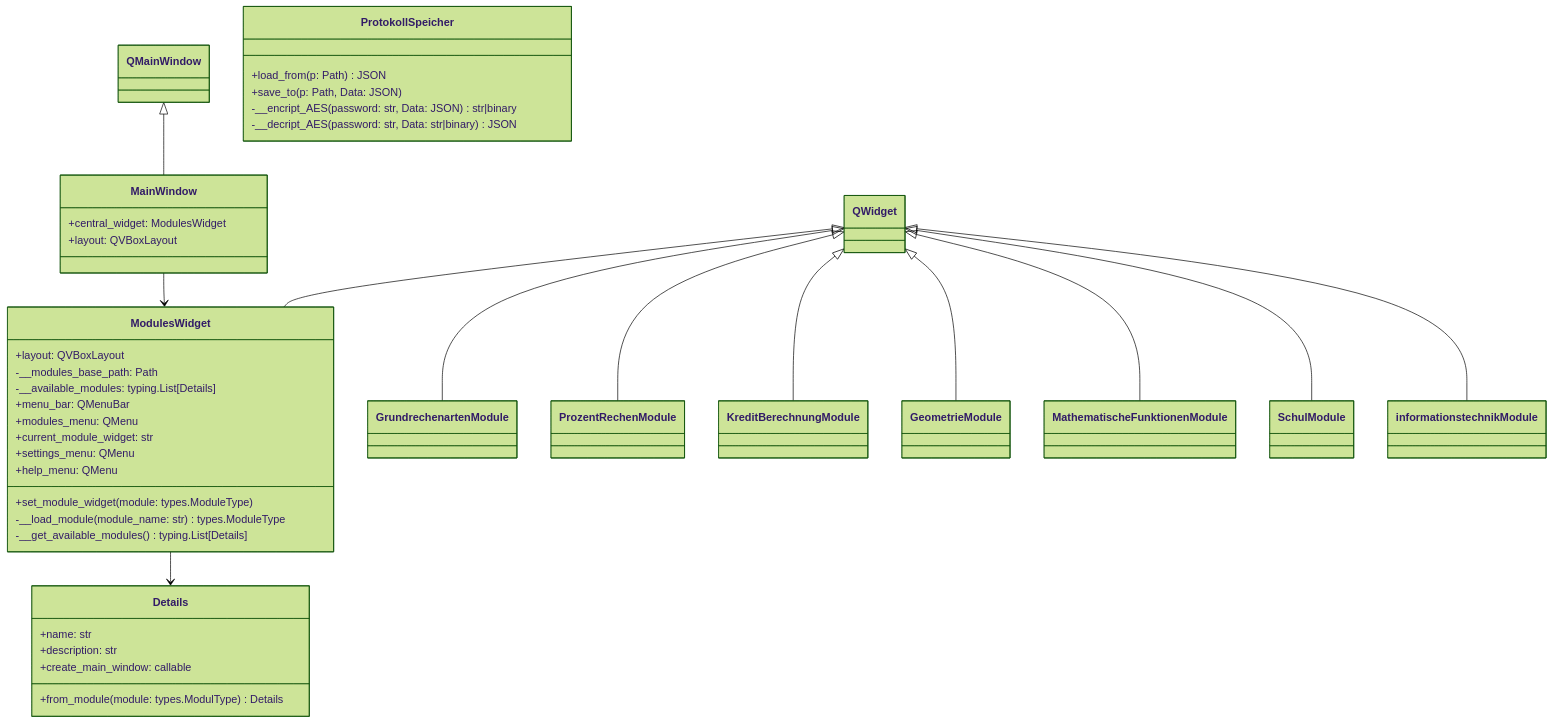
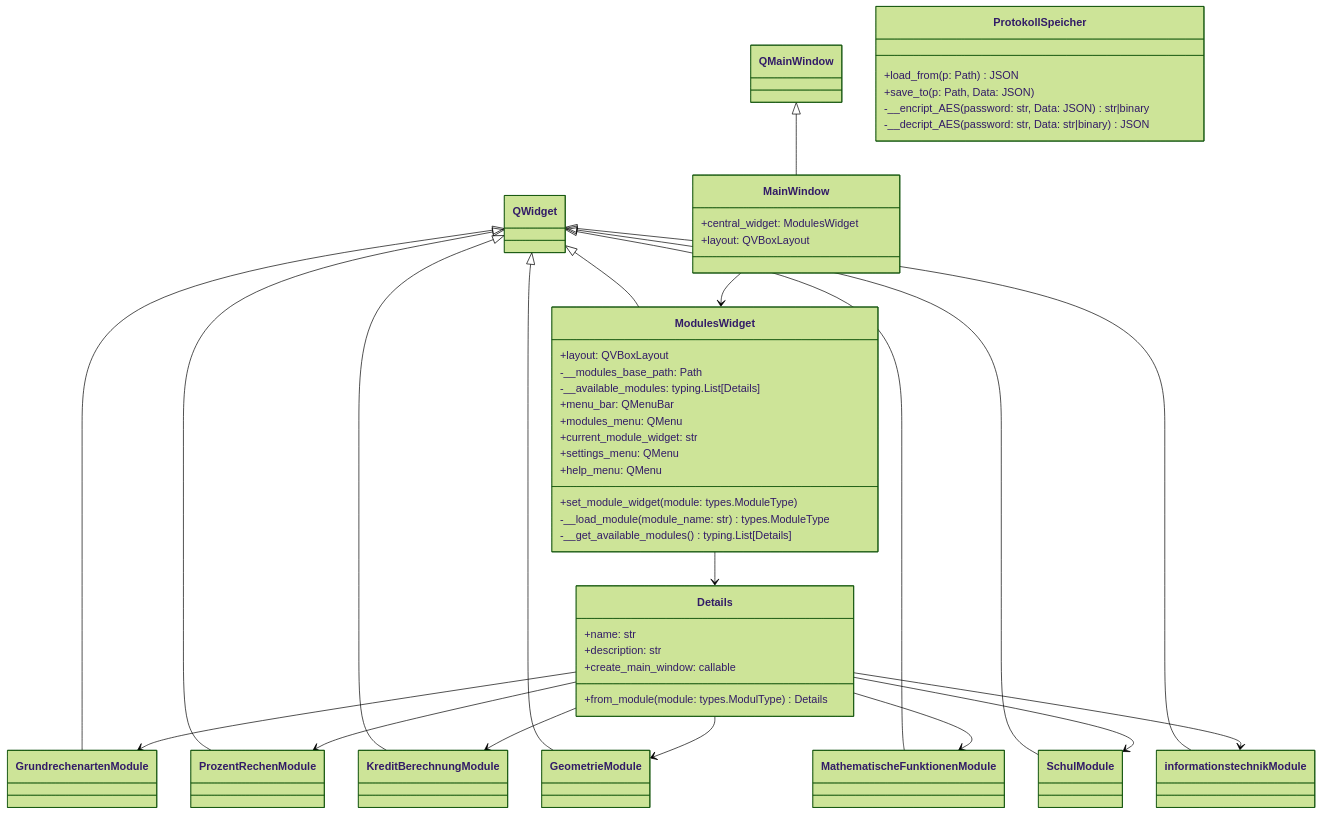
Before and after one commit to Katze719/JustForYou: the diagram in docs/Klassendiagramm/MAIN_WINDOW.md, drawn with Mermaid (forest theme). The commit also changed 2 other files, not shown here.

Commit message:
klassendiagramm anpassung

````diff
--- a/docs/Klassendiagramm/MAIN_WINDOW.md
+++ b/docs/Klassendiagramm/MAIN_WINDOW.md
@@ -1,61 +1,69 @@
 ```mermaid
 classDiagram
     class QWidget {
         
     }
     
     QWidget <|-- ModulesWidget 
     
     class ModulesWidget {
         +layout: QVBoxLayout
         -__modules_base_path: Path
         -__available_modules: typing.List[Details]
         +menu_bar: QMenuBar
         +modules_menu: QMenu
         +current_module_widget: str
         +settings_menu: QMenu
         +help_menu: QMenu
         
         +set_module_widget(module: types.ModuleType)
         -__load_module(module_name: str) types.ModuleType
         -__get_available_modules() typing.List[Details]
     }
     
     ModulesWidget --> Details
     
     class Details {
         +name: str
         +description: str
         +create_main_window: callable
         
         +from_module(module: types.ModulType) Details
     }
     
     class QMainWindow {
         
     }
     
     QMainWindow <|-- MainWindow
     MainWindow --> ModulesWidget
     class MainWindow {
         +central_widget: ModulesWidget
         +layout: QVBoxLayout
     }
     
     class ProtokollSpeicher {
         +load_from(p: Path) JSON
         +save_to(p: Path, Data: JSON)
         -__encript_AES(password: str, Data: JSON) str|binary
         -__decript_AES(password: str, Data: str|binary) JSON
     }
     
     QWidget <|-- GrundrechenartenModule
     QWidget <|-- ProzentRechenModule
     QWidget <|-- KreditBerechnungModule
     QWidget <|-- GeometrieModule
     QWidget <|-- MathematischeFunktionenModule
     QWidget <|-- SchulModule
     QWidget <|-- informationstechnikModule
     
+    Details --> GrundrechenartenModule
+    Details --> ProzentRechenModule
+    Details --> KreditBerechnungModule
+    Details --> GeometrieModule
+    Details --> MathematischeFunktionenModule
+    Details --> SchulModule
+    Details --> informationstechnikModule
+    
     
 ```
````
